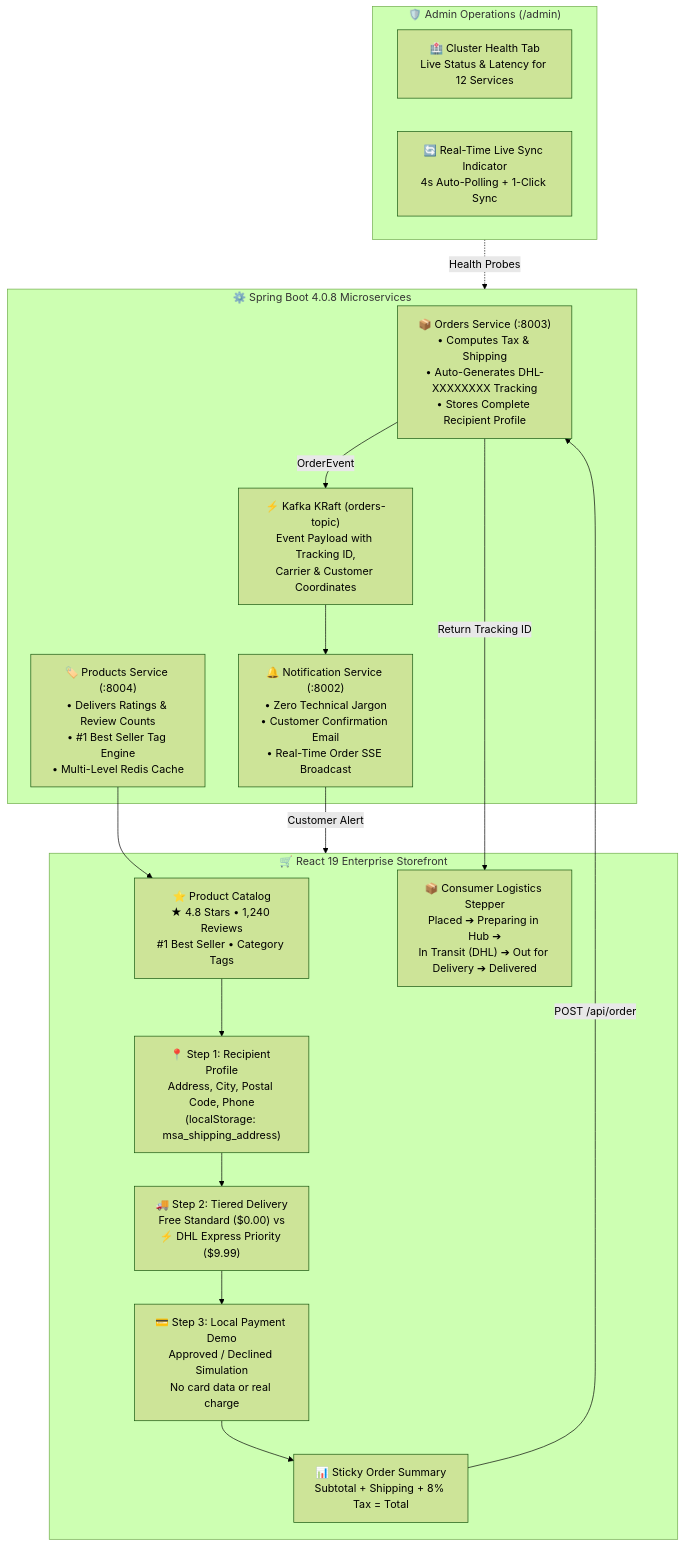
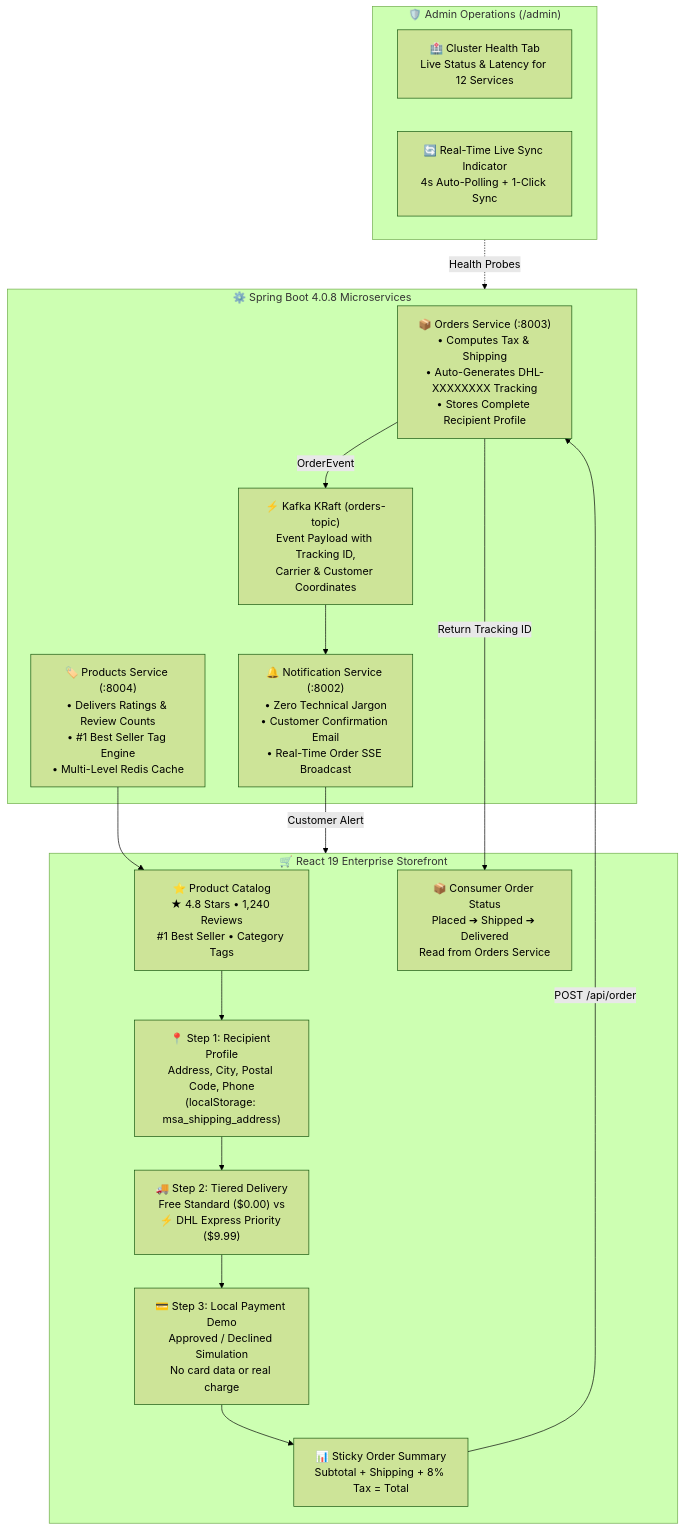
The fifth of 6 diagrams in docs/ARCHITECTURE.md (GeorgeGxx/microservices-architecture), drawn with Mermaid (forest theme) before and after one commit. The commit also changed other lines of this file and 20 other files, not shown here.

````diff
--- a/docs/ARCHITECTURE.md
+++ b/docs/ARCHITECTURE.md
@@ -386,35 +386,35 @@
 ```mermaid
 flowchart TD
     subgraph Storefront ["🛒 React 19 Enterprise Storefront"]
         Catalog["⭐ Product Catalog<br/>★ 4.8 Stars • 1,240 Reviews<br/>#1 Best Seller • Category Tags"]
         CheckoutStep1["📍 Step 1: Recipient Profile<br/>Address, City, Postal Code, Phone<br/>(localStorage: msa_shipping_address)"]
         CheckoutStep2["🚚 Step 2: Tiered Delivery<br/>Free Standard ($0.00) vs<br/>⚡ DHL Express Priority ($9.99)"]
         CheckoutStep3["💳 Step 3: Local Payment Demo<br/>Approved / Declined Simulation<br/>No card data or real charge"]
         StickySummary["📊 Sticky Order Summary<br/>Subtotal + Shipping + 8% Tax = Total"]
-        LogisticsStepper["📦 Consumer Logistics Stepper<br/>Placed ➔ Preparing in Hub ➔<br/>In Transit (DHL) ➔ Out for Delivery ➔ Delivered"]
+        LogisticsStepper["📦 Consumer Order Status<br/>Placed ➔ Shipped ➔ Delivered<br/>Read from Orders Service"]
     end
 
     subgraph BackendMS ["⚙️ Spring Boot 4.0.8 Microservices"]
         OrdersMS["📦 Orders Service (:8003)<br/>• Computes Tax & Shipping<br/>• Auto-Generates DHL-XXXXXXXX Tracking<br/>• Stores Complete Recipient Profile"]
         ProductsMS["🏷️ Products Service (:8004)<br/>• Delivers Ratings & Review Counts<br/>• #1 Best Seller Tag Engine<br/>• Multi-Level Redis Cache"]
         KafkaBus["⚡ Kafka KRaft (orders-topic)<br/>Event Payload with Tracking ID,<br/>Carrier & Customer Coordinates"]
         NotifMS["🔔 Notification Service (:8002)<br/>• Zero Technical Jargon<br/>• Customer Confirmation Email<br/>• Real-Time Order SSE Broadcast"]
     end
 
     subgraph AdminConsole ["🛡️ Admin Operations (/admin)"]
         ClusterTab["🏥 Cluster Health Tab<br/>Live Status & Latency for 12 Services"]
         LiveSync["🔄 Real-Time Live Sync Indicator<br/>4s Auto-Polling + 1-Click Sync"]
     end
 
     Catalog --> CheckoutStep1
     CheckoutStep1 --> CheckoutStep2
     CheckoutStep2 --> CheckoutStep3
     CheckoutStep3 --> StickySummary
     StickySummary -->|POST /api/order| OrdersMS
     OrdersMS -->|OrderEvent| KafkaBus
     KafkaBus --> NotifMS
     OrdersMS -->|Return Tracking ID| LogisticsStepper
     NotifMS -->|Customer Alert| Storefront
     ProductsMS --> Catalog
     AdminConsole -.->|Health Probes| BackendMS
 ```
````
